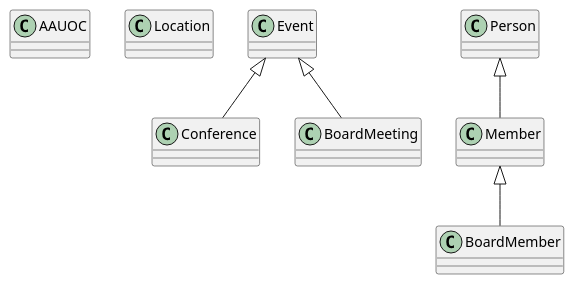
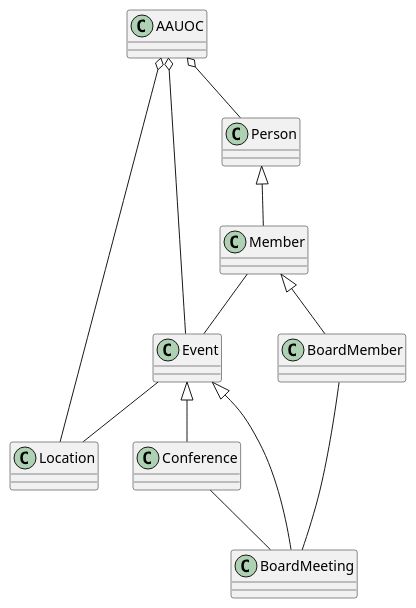
The diagram in Test.puml (Dierez87/UMLClasesDiego), drawn with PlantUML before and after one commit.

Commit message:
Todas las relaciones

```diff
--- a/Test.puml
+++ b/Test.puml
@@ -1,27 +1,38 @@
 @startuml
-
+skinparam classAttributeIconSize 0
 class AAUOC
 
 class Location
 
+AAUOC o-- Location
+
 class Event
+
+AAUOC o-- Event
+Event -- Location
 
 class Conference
 
 Event <|-- Conference
+Conference -- BoardMeeting
 
 class BoardMeeting
 
 Event <|-- BoardMeeting
 
+
 class Person
+
+AAUOC o-- Person
 
 class Member
 
 Person <|-- Member
+Member -- Event
 
 class BoardMember
 
 Member <|-- BoardMember
+BoardMember -- BoardMeeting
 
 @enduml
```
